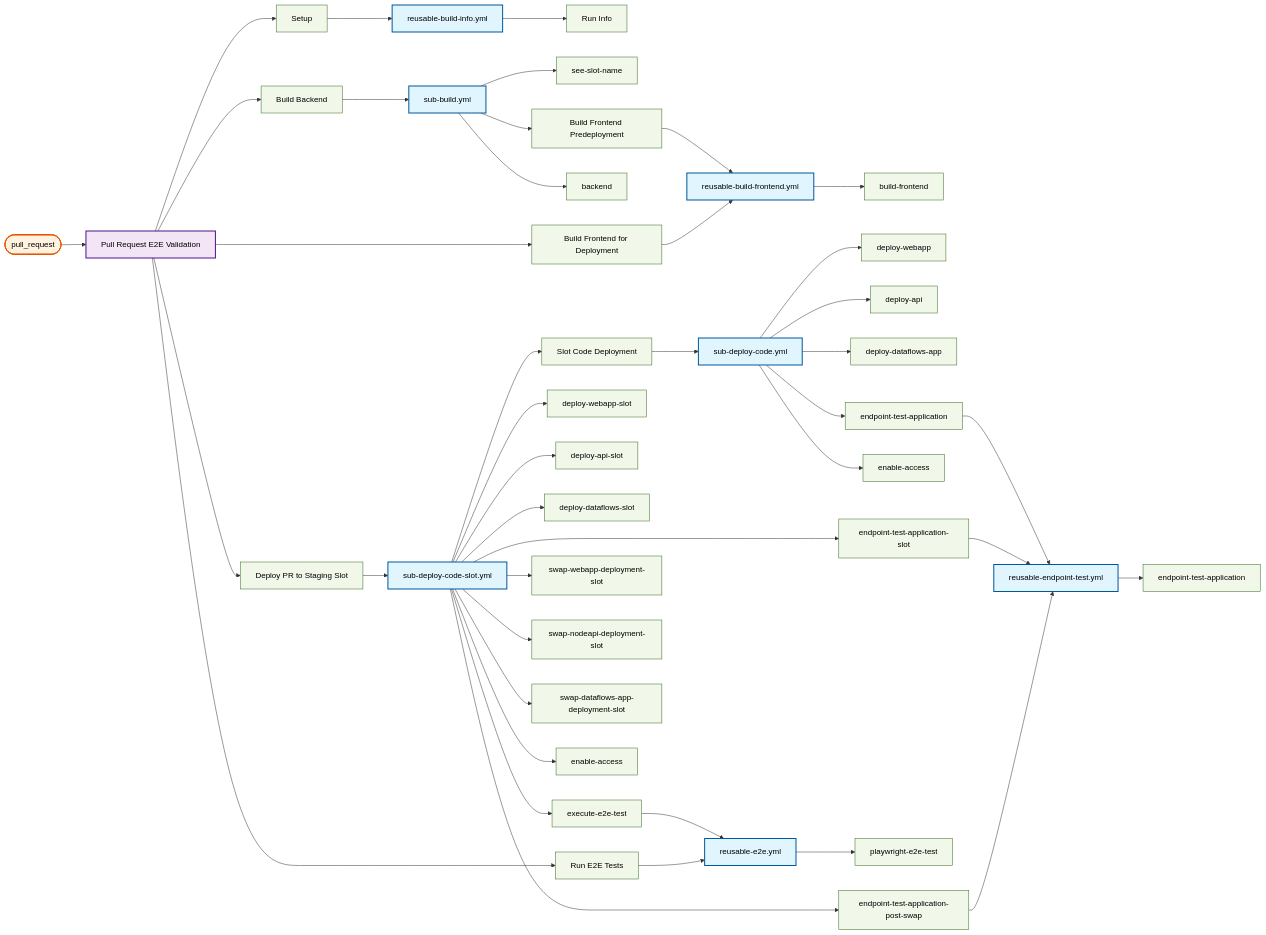
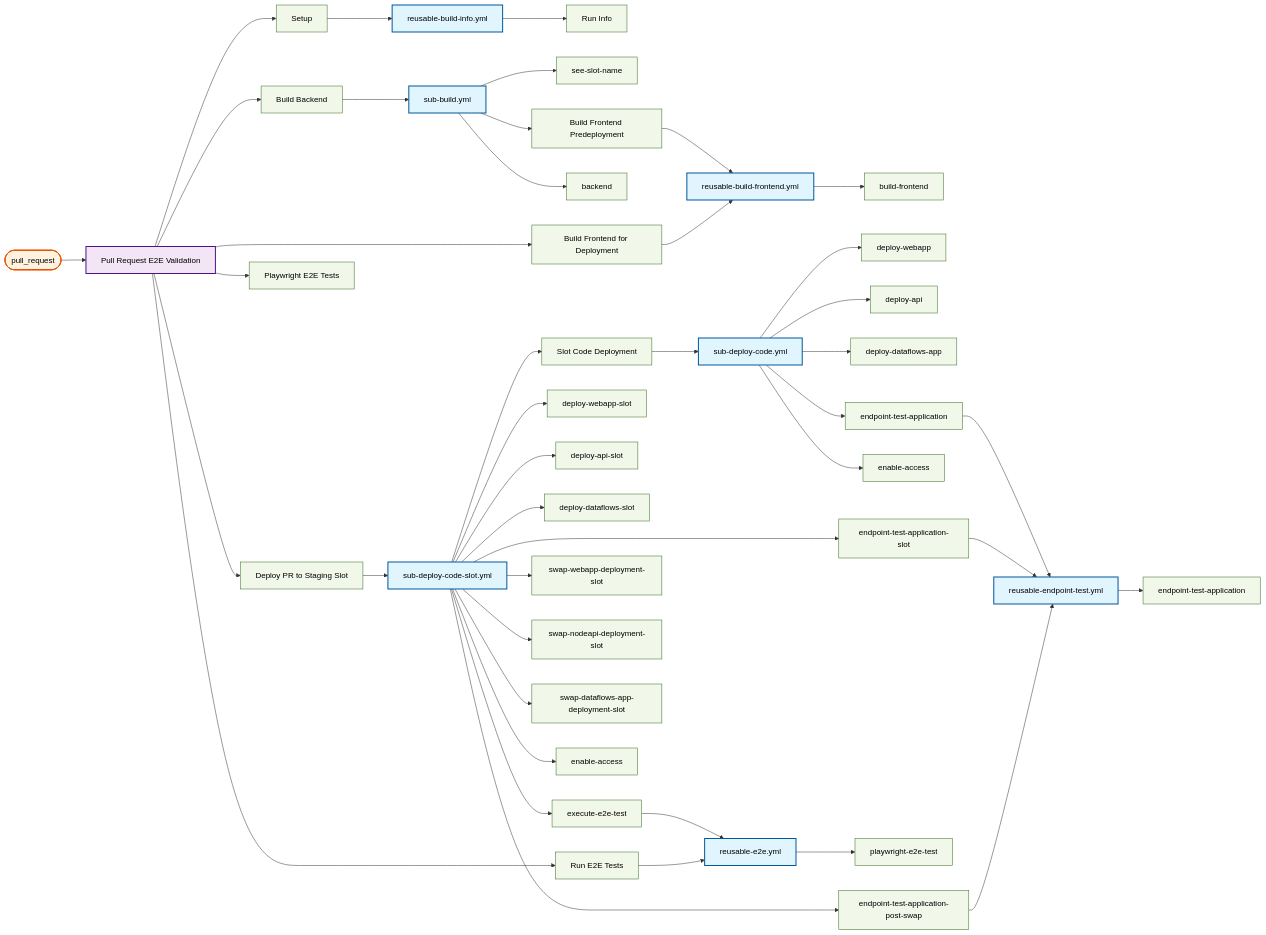
The sixth of 22 diagrams in docs/operations/workflow-diagram.md (US-Trustee-Program/Bankruptcy-Oversight-Support-Systems), drawn with Mermaid before and after one commit. The commit also changed other lines of this file and 1 other file, not shown here.

Commit message:
CAMS-723 added playwright-e2e-test to the PR validation against main when the appropriate label is added

````diff
--- a/docs/operations/workflow-diagram.md
+++ b/docs/operations/workflow-diagram.md
@@ -118,6 +118,7 @@
     sub_deploy_code_slot_yml_endpoint_test_application_post_swap["endpoint-test-application-post-swap"]
     sub_deploy_code_slot_yml_enable_access["enable-access"]
     pr_validation_yml_execute_pr_e2e["Run E2E Tests"]
+    pr_validation_yml_playwright_e2e_test["Playwright E2E Tests"]
 
     trigger_pull_request --> pr_validation_yml
     pr_validation_yml --> pr_validation_yml_setup
@@ -159,6 +160,7 @@
     pr_validation_yml_deploy_pr_code --> sub_deploy_code_slot_yml
     pr_validation_yml --> pr_validation_yml_execute_pr_e2e
     pr_validation_yml_execute_pr_e2e --> reusable_e2e_yml
+    pr_validation_yml --> pr_validation_yml_playwright_e2e_test
 
     classDef reusable fill:#e1f5fe,stroke:#01579b,stroke-width:2px,color:#000000
     classDef mainWorkflow fill:#f3e5f5,stroke:#4a148c,stroke-width:2px,color:#000000
@@ -202,4 +204,5 @@
     class sub_deploy_code_slot_yml_endpoint_test_application_post_swap job
     class sub_deploy_code_slot_yml_enable_access job
     class pr_validation_yml_execute_pr_e2e job
+    class pr_validation_yml_playwright_e2e_test job
 ```
````
